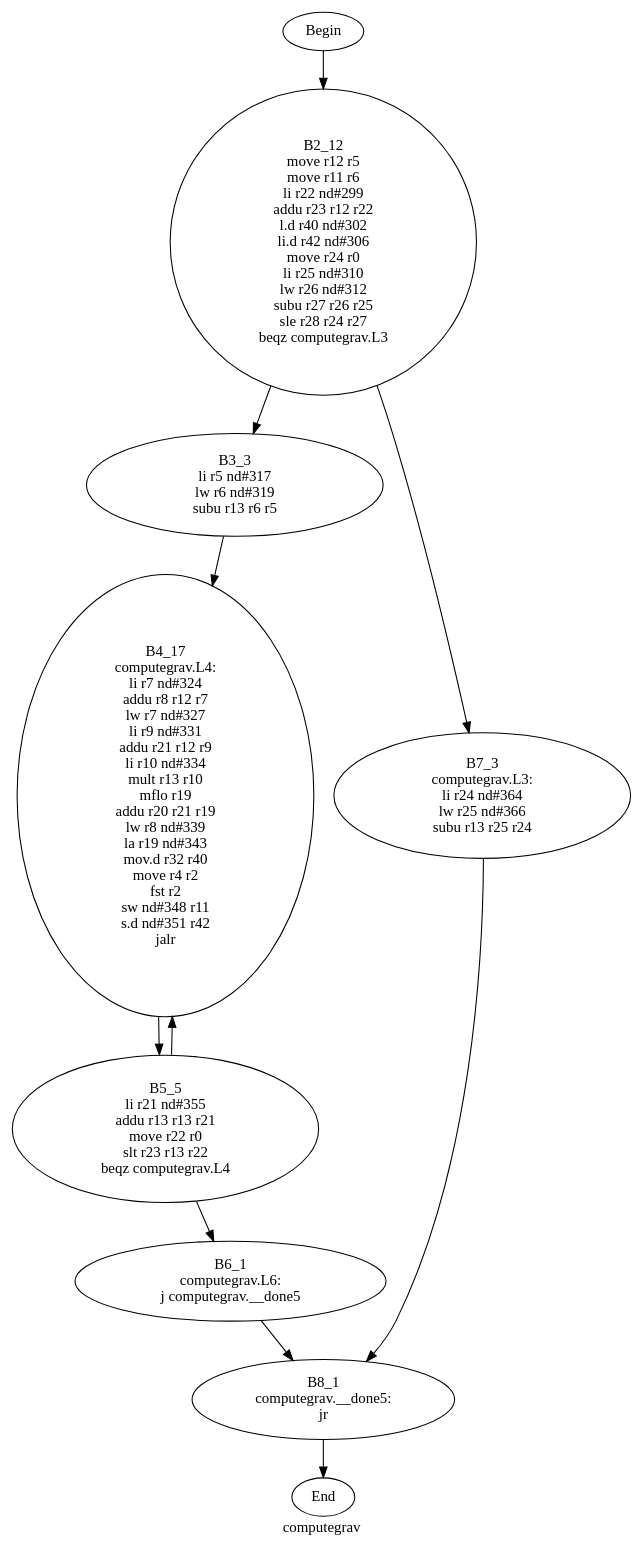
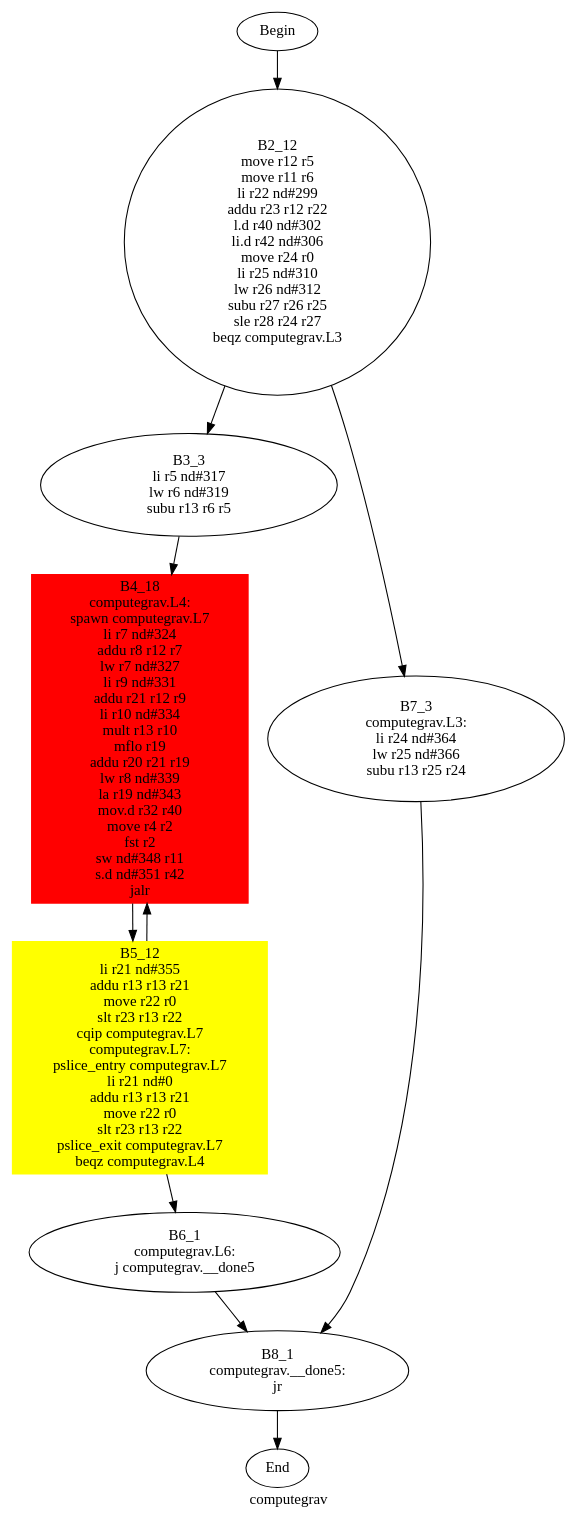
One commit to qixianbd/partition_wqm_new_one changed the diagram in testcase/dot_file/computegrav_after.dot. Above: the diagram before and after it, drawn with Graphviz. The commit also changed 1044 other files, not shown here.

```diff
--- a/testcase/dot_file/computegrav_after.dot
+++ b/testcase/dot_file/computegrav_after.dot
@@ -1,22 +1,24 @@
 digraph G{
 	label = "computegrav"	style = "dashed";
 	color = purple;
 	Node0 [label = "Begin"];
 	Node0 -> {Node2 }
 	Node1 [label = "End"];
 	Node1 -> {}
 	Node2 [label = "B2_12\nmove	r12	r5	\nmove	r11	r6	\nli	r22	nd#299	\naddu	r23	r12	r22	\nl.d	r40	nd#302	\nli.d	r42	nd#306	\nmove	r24	r0	\nli	r25	nd#310	\nlw	r26	nd#312	\nsubu	r27	r26	r25	\nsle	r28	r24	r27	\nbeqz	computegrav.L3\n"];
 	Node2 -> {Node3 Node7 }
 	Node3 [label = "B3_3\nli	r5	nd#317	\nlw	r6	nd#319	\nsubu	r13	r6	r5	\n"];
 	Node3 -> {Node4 }
-	Node4 [label = "B4_17\ncomputegrav.L4:\nli	r7	nd#324	\naddu	r8	r12	r7	\nlw	r7	nd#327	\nli	r9	nd#331	\naddu	r21	r12	r9	\nli	r10	nd#334	\nmult	r13	r10	\nmflo	r19	\naddu	r20	r21	r19	\nlw	r8	nd#339	\nla	r19	nd#343	\nmov.d	r32	r40	\nmove	r4	r2	\nfst	r2	\nsw	nd#348	r11	\ns.d	nd#351	r42	\njalr	\n"];
+	Node4 [label = "B4_18\ncomputegrav.L4:\nspawn	computegrav.L7\nli	r7	nd#324	\naddu	r8	r12	r7	\nlw	r7	nd#327	\nli	r9	nd#331	\naddu	r21	r12	r9	\nli	r10	nd#334	\nmult	r13	r10	\nmflo	r19	\naddu	r20	r21	r19	\nlw	r8	nd#339	\nla	r19	nd#343	\nmov.d	r32	r40	\nmove	r4	r2	\nfst	r2	\nsw	nd#348	r11	\ns.d	nd#351	r42	\njalr	\n"];
 	Node4 -> {Node5 }
-	Node5 [label = "B5_5\nli	r21	nd#355	\naddu	r13	r13	r21	\nmove	r22	r0	\nslt	r23	r13	r22	\nbeqz	computegrav.L4\n"];
+	Node5 [label = "B5_12\nli	r21	nd#355	\naddu	r13	r13	r21	\nmove	r22	r0	\nslt	r23	r13	r22	\ncqip	computegrav.L7\ncomputegrav.L7:\npslice_entry	computegrav.L7\nli	r21	nd#0	\naddu	r13	r13	r21	\nmove	r22	r0	\nslt	r23	r13	r22	\npslice_exit	computegrav.L7\nbeqz	computegrav.L4\n"];
 	Node5 -> {Node6 Node4 }
 	Node6 [label = "B6_1\ncomputegrav.L6:\nj	computegrav.__done5\n"];
 	Node6 -> {Node8 }
 	Node7 [label = "B7_3\ncomputegrav.L3:\nli	r24	nd#364	\nlw	r25	nd#366	\nsubu	r13	r25	r24	\n"];
 	Node7 -> {Node8 }
 	Node8 [label = "B8_1\ncomputegrav.__done5:\njr	\n"];
 	Node8 -> {Node1 }
+	Node4 [shape = box ,style=filled ,color=red];
+	Node5 [shape = polygon ,style=filled ,color=yellow];
 }
```
